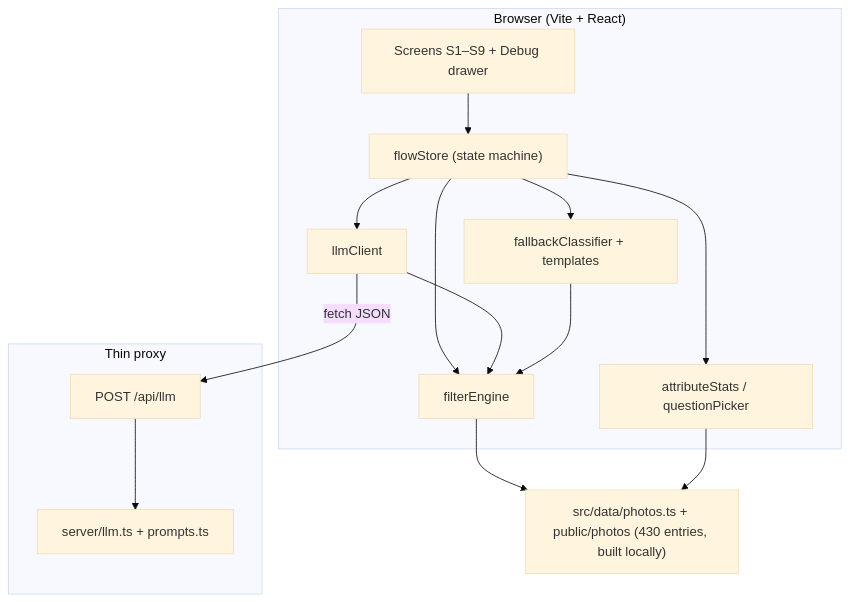
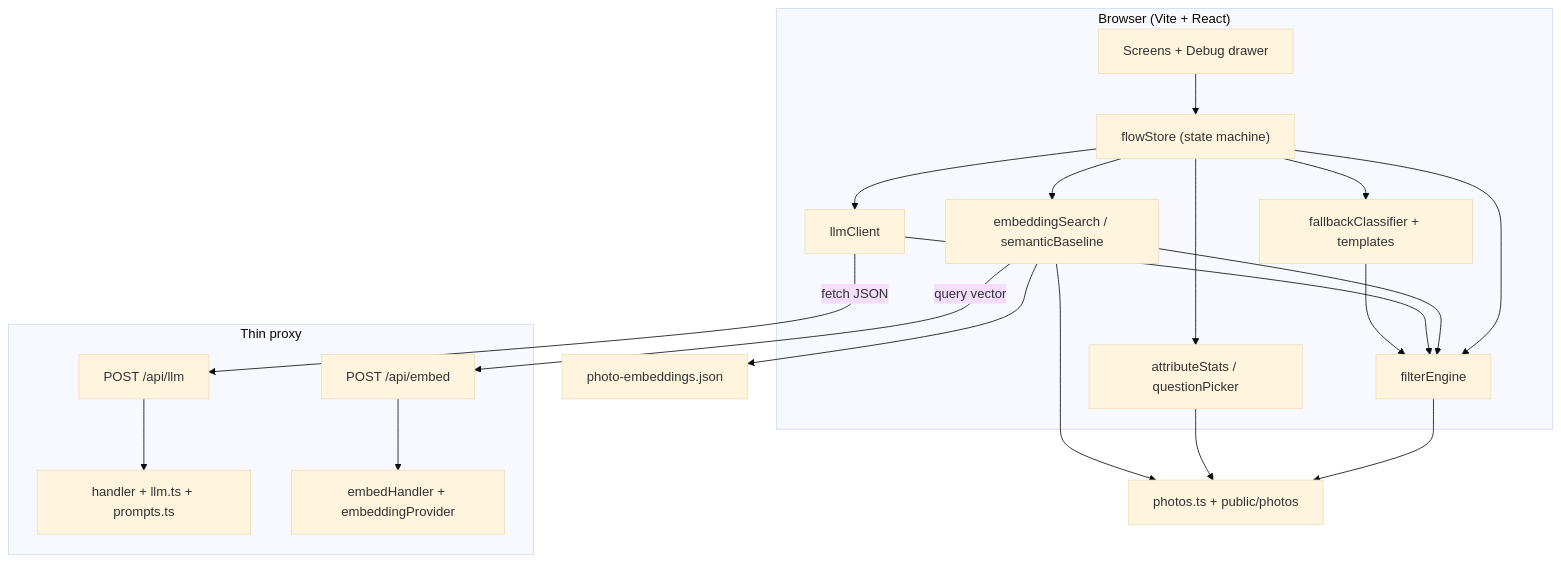
One commit to smitshah769-lang/google-photos-mvp changed the diagram in system architecture.md. Above: the diagram before and after it, drawn with Mermaid (base theme). The commit also changed other lines of this file and 49 other files, not shown here.

First line of the commit message:
Add semantic embedding search and align docs with shipped UI.

````diff
--- a/system architecture.md
+++ b/system architecture.md
@@ -26,29 +27,39 @@
 ```mermaid
 flowchart TB
   subgraph Client["Browser (Vite + React)"]
-    UI["Screens S1–S9 + Debug drawer"]
+    UI["Screens + Debug drawer"]
     FS["flowStore (state machine)"]
     FE["filterEngine"]
+    ES["embeddingSearch / semanticBaseline"]
     AS["attributeStats / questionPicker"]
     LC["llmClient"]
     FB["fallbackClassifier + templates"]
     UI --> FS
     FS --> FE
+    FS --> ES
     FS --> AS
     FS --> LC
     FS --> FB
+    ES --> FE
     LC --> FE
     FB --> FE
   end
 
   subgraph Server["Thin proxy"]
-    API["POST /api/llm"]
-    LLM["server/llm.ts + prompts.ts"]
-    API --> LLM
+    LLMAPI["POST /api/llm"]
+    EMBAPI["POST /api/embed"]
+    LLM["handler + llm.ts + prompts.ts"]
+    EMB["embedHandler + embeddingProvider"]
+    LLMAPI --> LLM
+    EMBAPI --> EMB
   end
 
-  DATA["src/data/photos.ts + public/photos (430 entries, built locally)"]
+  DATA["photos.ts + public/photos"]
+  VEC["photo-embeddings.json"]
   FE --> DATA
   AS --> DATA
-  LC -->|fetch JSON| API
+  ES --> DATA
+  ES --> VEC
+  LC -->|fetch JSON| LLMAPI
+  ES -->|query vector| EMBAPI
 ```
````
